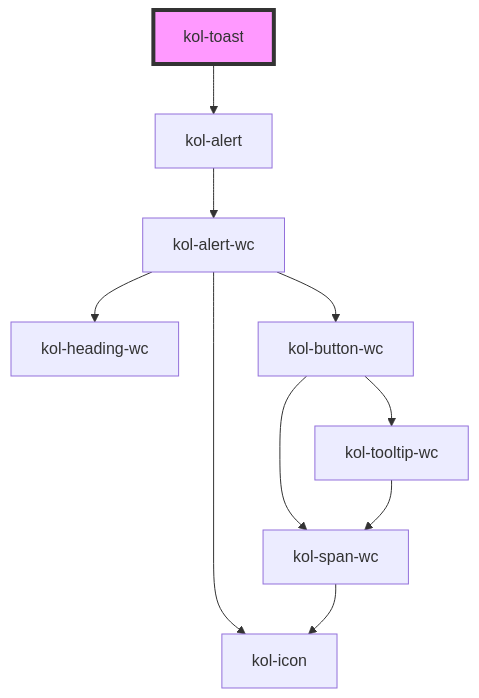
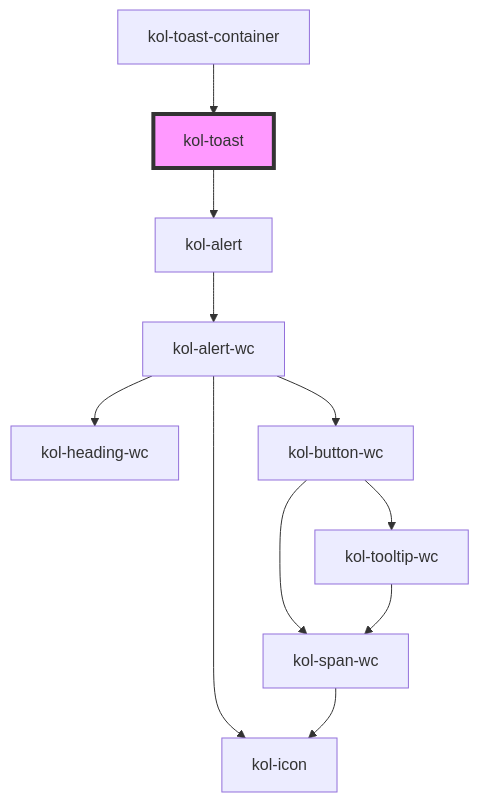
One commit to public-ui/kolibri changed the diagram in packages/components/src/components/toast/readme.md. Above: the diagram before and after it, drawn with Mermaid. The commit also changed other lines of this file and 55 other files, not shown here.

````diff
--- a/packages/components/src/components/toast/readme.md
+++ b/packages/components/src/components/toast/readme.md
@@ -96,13 +95,14 @@
 ```mermaid
 graph TD;
   kol-toast --> kol-alert
   kol-alert --> kol-alert-wc
   kol-alert-wc --> kol-heading-wc
   kol-alert-wc --> kol-button-wc
   kol-alert-wc --> kol-icon
   kol-button-wc --> kol-span-wc
   kol-button-wc --> kol-tooltip-wc
   kol-span-wc --> kol-icon
   kol-tooltip-wc --> kol-span-wc
+  kol-toast-container --> kol-toast
   style kol-toast fill:#f9f,stroke:#333,stroke-width:4px
 ```
````
